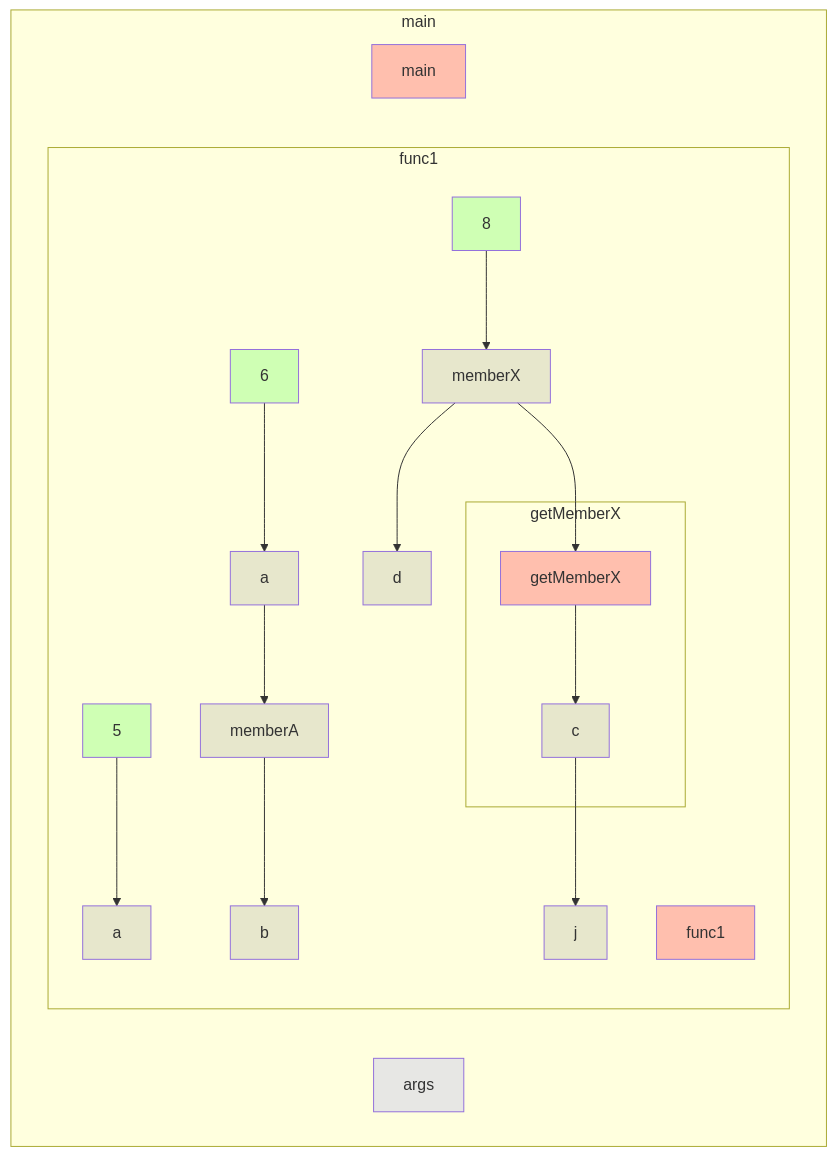
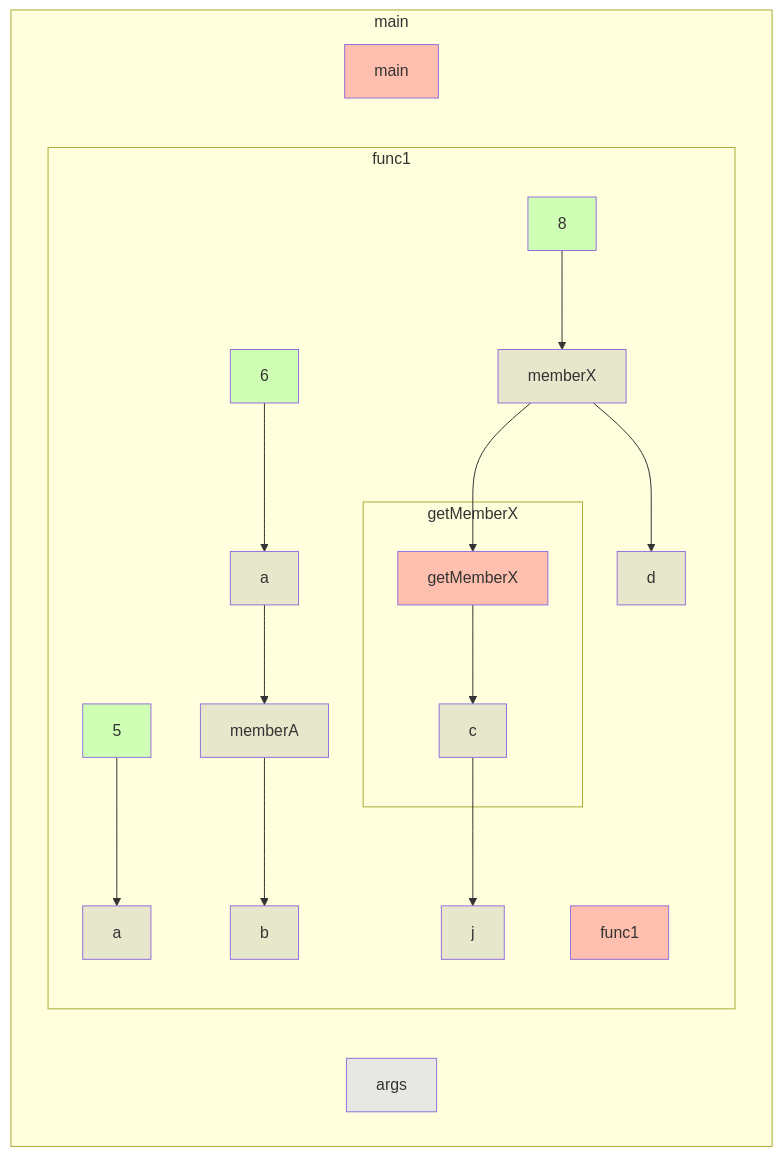
Before and after one commit to gstiebler/codeflow: the diagram in app/src/test/resources/member/truth.md, drawn with Mermaid. The commit also changed 14 other files, not shown here.

````diff
--- a/app/src/test/resources/member/truth.md
+++ b/app/src/test/resources/member/truth.md
@@ -1,37 +1,37 @@
 ```mermaid
 flowchart TD
   subgraph 4309014["main"]
-    56996632[main]:::RETURN
-    1296586907[args]:::FUNC_PARAM
+    56853577[main]:::RETURN
+    2153970218[args]:::FUNC_PARAM
     subgraph 1148283940["func1"]
-      495511592[5]:::LITERAL
-      495515519[a]:::VARIABLE
-      495515944[6]:::LITERAL
-      495525940[b]:::VARIABLE
-      495555860[8]:::LITERAL
-      495575954[c]:::VARIABLE
-      495593600[d]:::VARIABLE
-      495601794[j]:::VARIABLE
-      2157982273[func1]:::RETURN
-      16626506068[memberA]:::VARIABLE
-      16626539116[memberX]:::VARIABLE
-      495511592[5]:::LITERAL --> 495510028[a]:::VARIABLE
-      495515519[a]:::VARIABLE --> 16626506068[memberA]:::VARIABLE
-      495515944[6]:::LITERAL --> 495515519[a]:::VARIABLE
-      495555860[8]:::LITERAL --> 16626539116[memberX]:::VARIABLE
-      495575954[c]:::VARIABLE --> 495601794[j]:::VARIABLE
-      16626506068[memberA]:::VARIABLE --> 495525940[b]:::VARIABLE
-      16626539116[memberX]:::VARIABLE --> 34253193844[getMemberX]:::RETURN
-      16626539116[memberX]:::VARIABLE --> 495593600[d]:::VARIABLE
+      495249639[a]:::VARIABLE
+      2102928777[5]:::LITERAL
+      2102928830[6]:::LITERAL
+      2102929694[b]:::VARIABLE
+      2102929947[8]:::LITERAL
+      2102931543[c]:::VARIABLE
+      2102931747[d]:::VARIABLE
+      2102932591[j]:::VARIABLE
+      2157737779[func1]:::RETURN
+      16626235853[memberA]:::VARIABLE
+      16626236244[memberX]:::VARIABLE
+      495249639[a]:::VARIABLE --> 16626235853[memberA]:::VARIABLE
+      2102928777[5]:::LITERAL --> 2102929496[a]:::VARIABLE
+      2102928830[6]:::LITERAL --> 495249639[a]:::VARIABLE
+      2102929947[8]:::LITERAL --> 16626236244[memberX]:::VARIABLE
+      2102931543[c]:::VARIABLE --> 2102932591[j]:::VARIABLE
+      16626235853[memberA]:::VARIABLE --> 2102929694[b]:::VARIABLE
+      16626236244[memberX]:::VARIABLE --> 34252865251[getMemberX]:::RETURN
+      16626236244[memberX]:::VARIABLE --> 2102931747[d]:::VARIABLE
       subgraph 1148389501["getMemberX"]
-        34253193844[getMemberX]:::RETURN
-        34253193844[getMemberX]:::RETURN --> 495575954[c]:::VARIABLE
+        34252865251[getMemberX]:::RETURN
+        34252865251[getMemberX]:::RETURN --> 2102931543[c]:::VARIABLE
       end
     end
   end
   classDef LITERAL fill:#00FF0030
   classDef VARIABLE fill:#80808030
   classDef BIN_OP fill:#80808080
   classDef FUNC_PARAM fill:#8080FF30
   classDef RETURN fill:#FF808080
 ```
````
